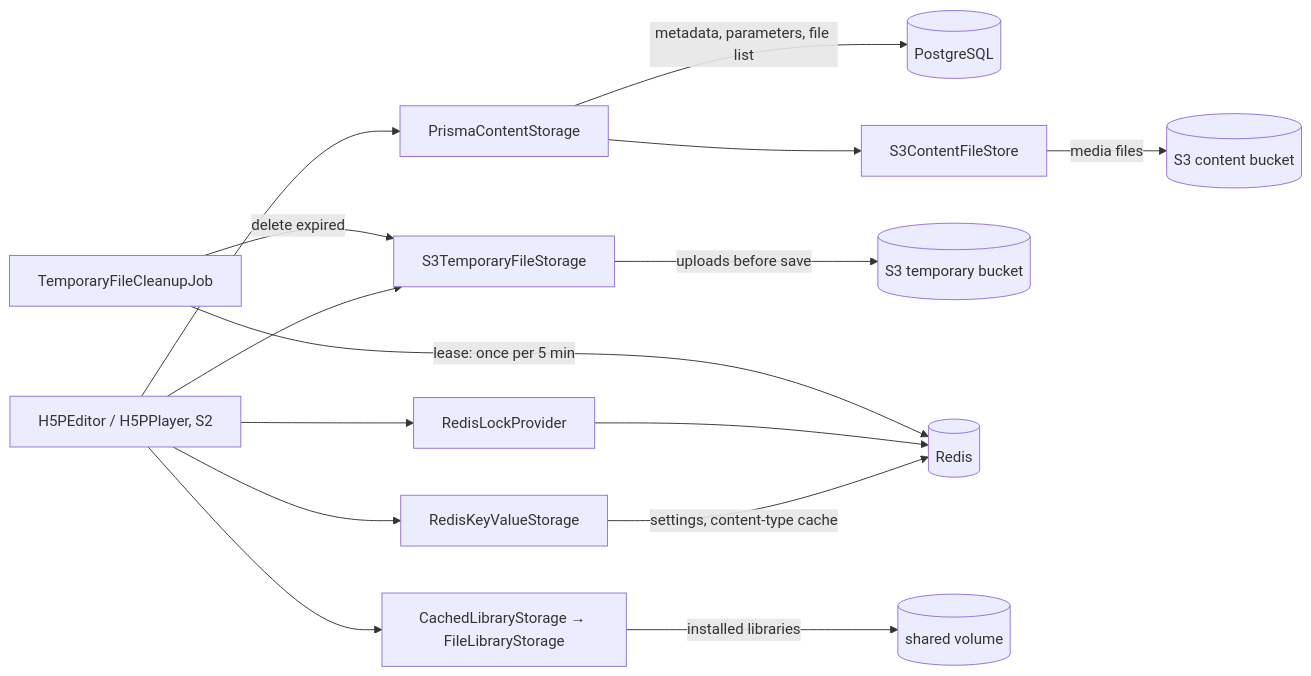
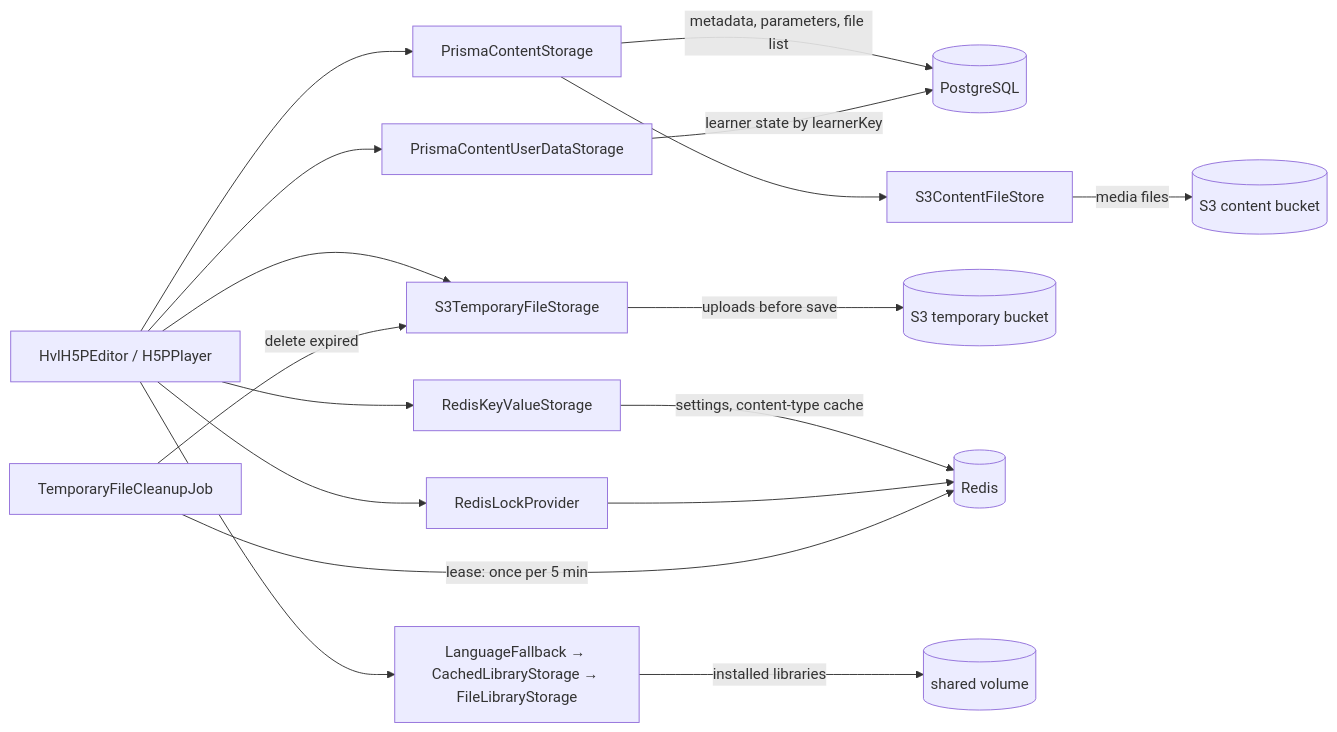
The third of 4 diagrams in apps/server/README.md (bobthebob58/HVL-INTERAKTIV), drawn with Mermaid before and after one commit. The commit also changed other lines of this file and 5 other files, not shown here.

````diff
--- a/apps/server/README.md
+++ b/apps/server/README.md
@@ -84,12 +123,13 @@
 ```mermaid
 flowchart LR
-    Editor[H5PEditor / H5PPlayer, S2] --> CS[PrismaContentStorage]
+    Editor[HvlH5PEditor / H5PPlayer] --> CS[PrismaContentStorage]
     CS -->|metadata, parameters, file list| PG[(PostgreSQL)]
     CS --> FS[S3ContentFileStore] -->|media files| S3[(S3 content bucket)]
     Editor --> TS[S3TemporaryFileStorage] -->|uploads before save| S3T[(S3 temporary bucket)]
     Editor --> KV[RedisKeyValueStorage] -->|settings, content-type cache| R[(Redis)]
     Editor --> LK[RedisLockProvider] --> R
-    Editor --> LS[CachedLibraryStorage → FileLibraryStorage] -->|installed libraries| VOL[(shared volume)]
+    Editor --> LS[LanguageFallback → CachedLibraryStorage → FileLibraryStorage] -->|installed libraries| VOL[(shared volume)]
+    Editor --> UD[PrismaContentUserDataStorage] -->|learner state by learnerKey| PG
     Job[TemporaryFileCleanupJob] -->|lease: once per 5 min| R
     Job -->|delete expired| TS
 ```
````
